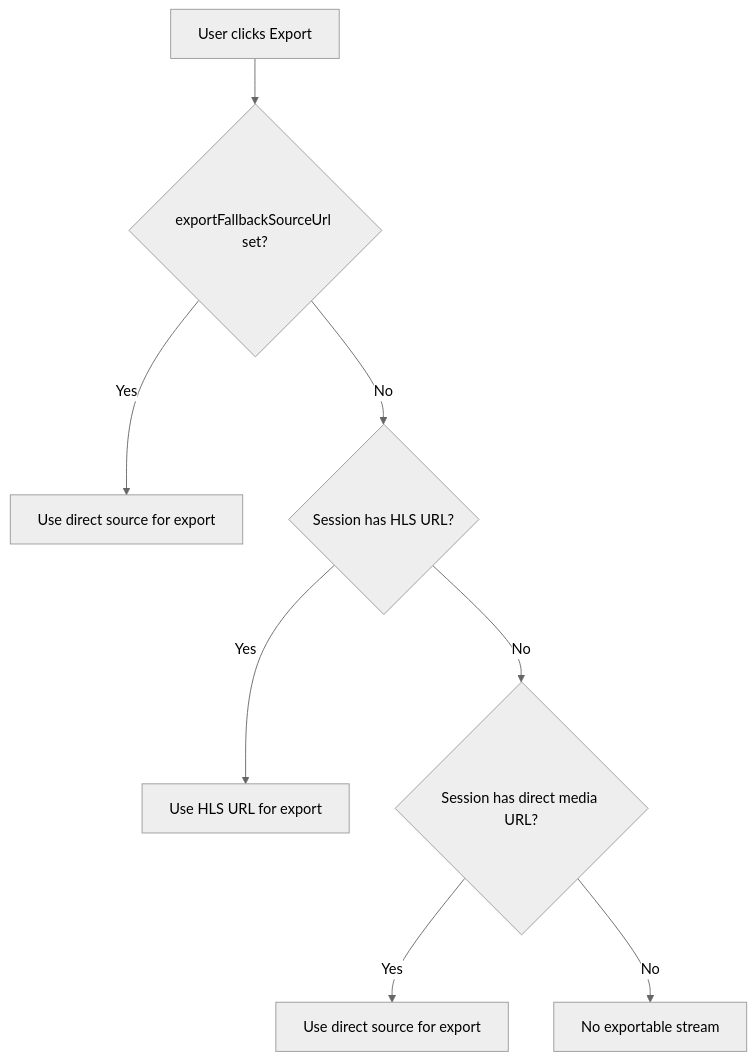
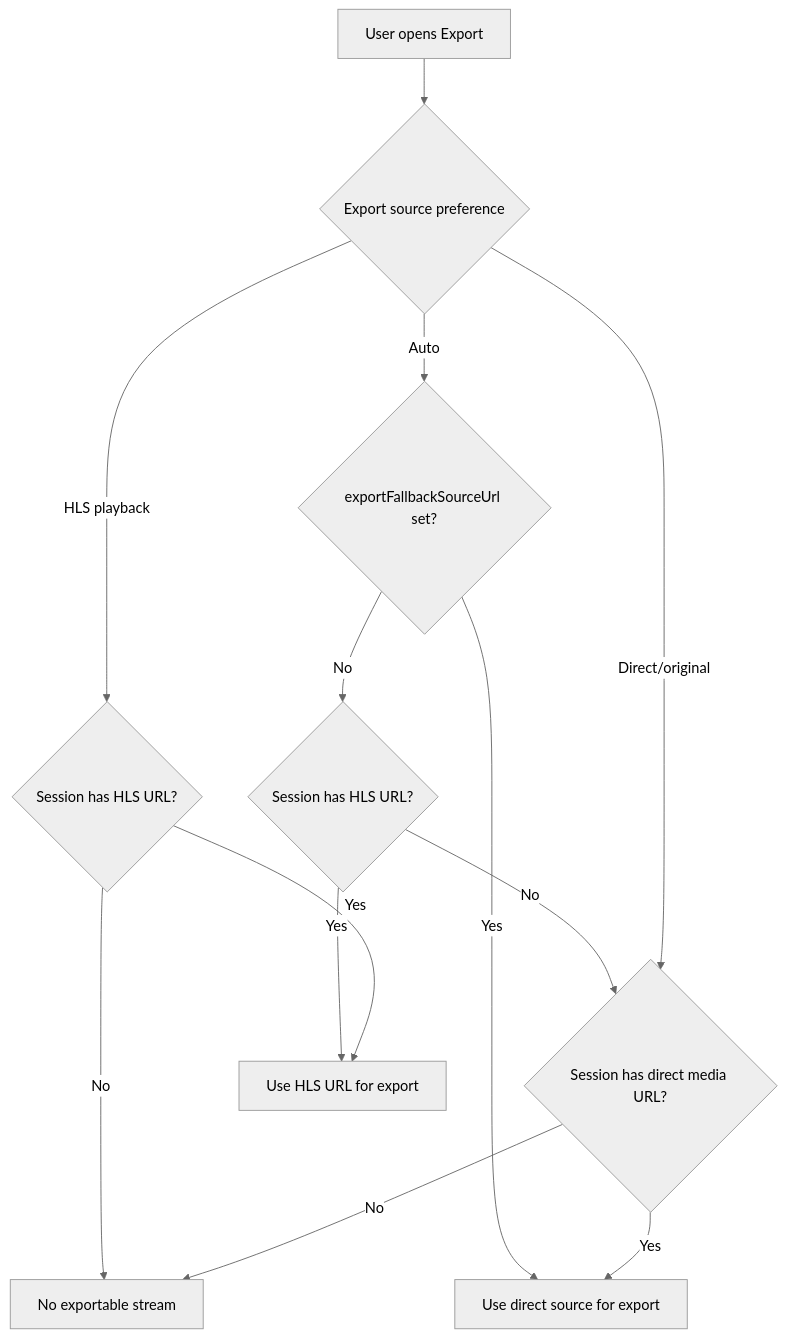
One commit to TechSquidTV/Cliparr changed the sixth of 11 diagrams in DIAGRAMS.md. Above: the diagram before and after it, drawn with Mermaid (neutral theme). The commit also changed 4 other files, not shown here.

Commit message:
Add export source selection

````diff
--- a/DIAGRAMS.md
+++ b/DIAGRAMS.md
@@ -128,10 +128,17 @@
 ```mermaid
 flowchart TD
-    A["User clicks Export"] --> B{"exportFallbackSourceUrl set?"}
-    B -- "Yes" --> C["Use direct source for export"]
-    B -- "No" --> D{"Session has HLS URL?"}
-    D -- "Yes" --> E["Use HLS URL for export"]
-    D -- "No" --> F{"Session has direct media URL?"}
-    F -- "Yes" --> G["Use direct source for export"]
-    F -- "No" --> H["No exportable stream"]
+    A["User opens Export"] --> B{"Export source preference"}
+    B -- "Direct/original" --> C{"Session has direct media URL?"}
+    C -- "Yes" --> D["Use direct source for export"]
+    C -- "No" --> E["No exportable stream"]
+
+    B -- "HLS playback" --> F{"Session has HLS URL?"}
+    F -- "Yes" --> G["Use HLS URL for export"]
+    F -- "No" --> E
+
+    B -- "Auto" --> H{"exportFallbackSourceUrl set?"}
+    H -- "Yes" --> D
+    H -- "No" --> I{"Session has HLS URL?"}
+    I -- "Yes" --> G
+    I -- "No" --> C
 ```
````
